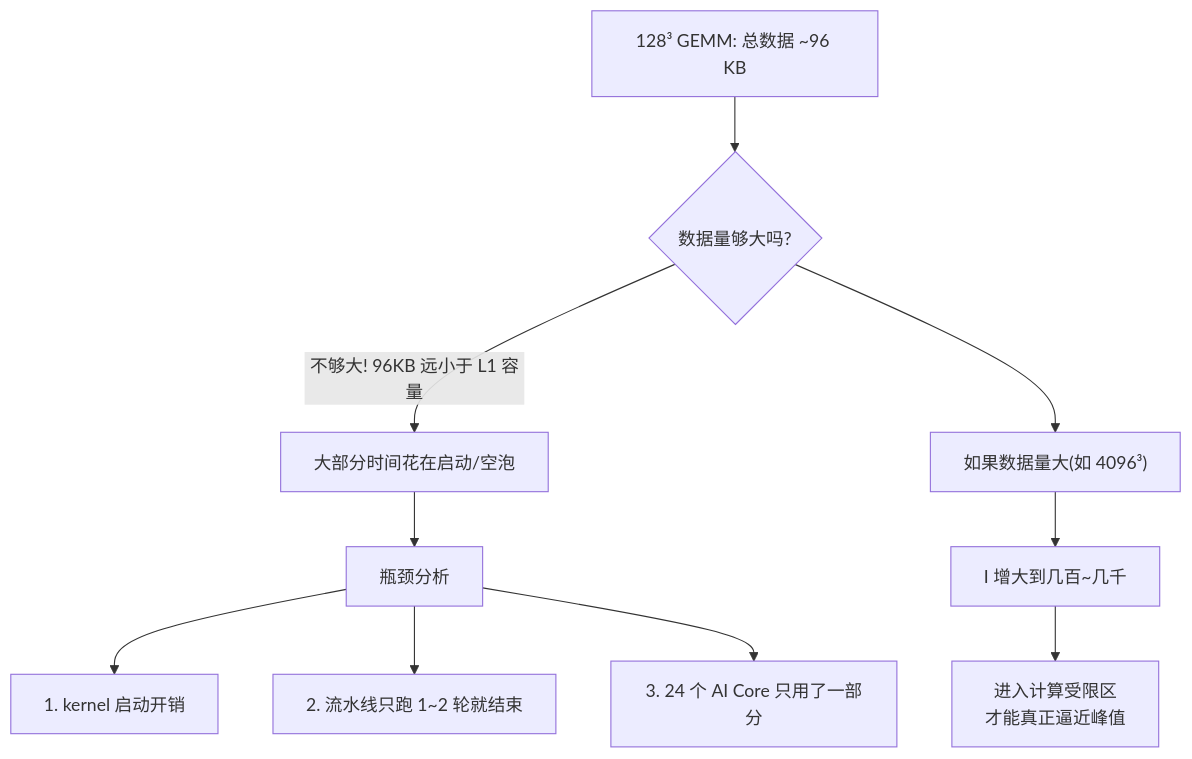
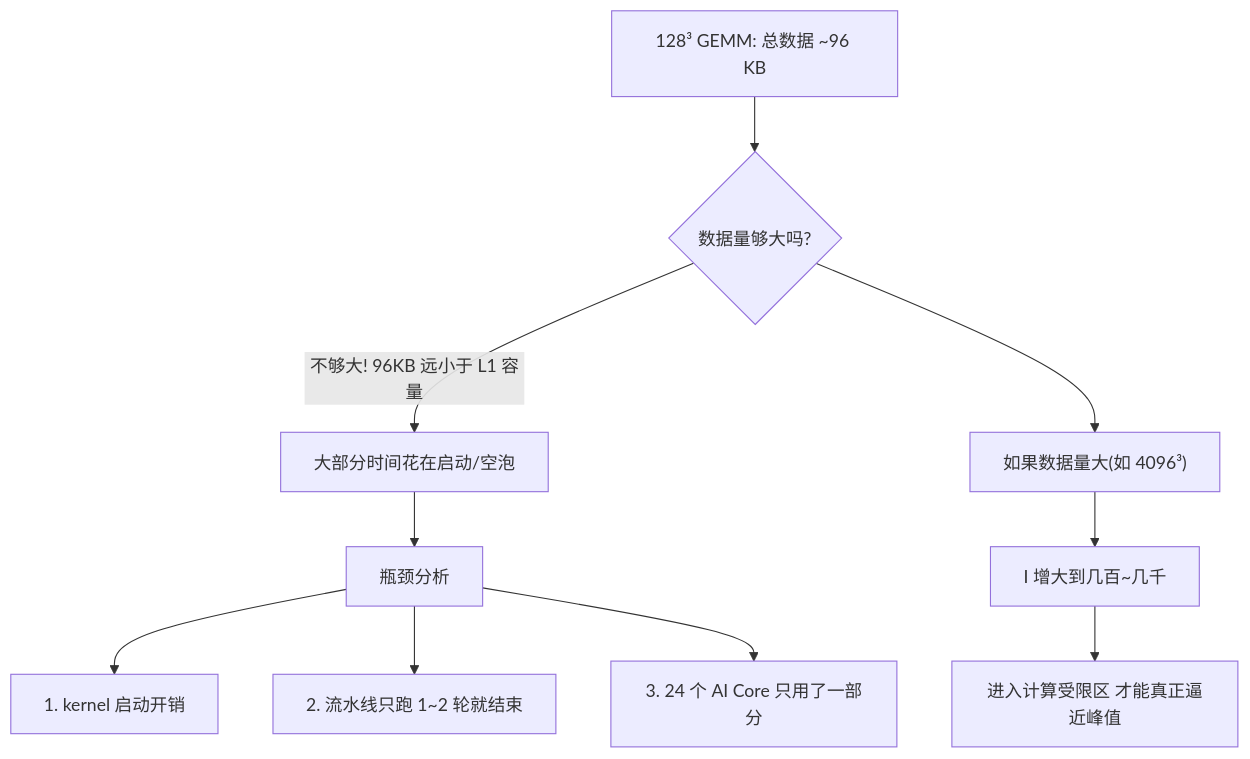
The diagram in docs/pages/perf/06-roofline-case-study.md (SuccinctPaul/Ascend-Notes), drawn with Mermaid before and after one commit. The commit also changed 8 other files, not shown here.

````diff
--- a/docs/pages/perf/06-roofline-case-study.md
+++ b/docs/pages/perf/06-roofline-case-study.md
@@ -125,14 +125,14 @@
 ```mermaid
 flowchart TD
     A["128³ GEMM: 总数据 ~96 KB"] --> B{"数据量够大吗?"}
     B -- "不够大! 96KB 远小于 L1 容量" --> C["大部分时间花在启动/空泡"]
     B --> D["如果数据量大(如 4096³)"]
 
     C --> E["瓶颈分析"]
     E --> F["1. kernel 启动开销"]
     E --> G["2. 流水线只跑 1~2 轮就结束"]
     E --> H["3. 24 个 AI Core 只用了一部分"]
 
     D --> I["I 增大到几百~几千"]
-    I --> J["进入计算受限区<br/>才能真正逼近峰值"]
+    I --> J["进入计算受限区 才能真正逼近峰值"]
 ```
````
